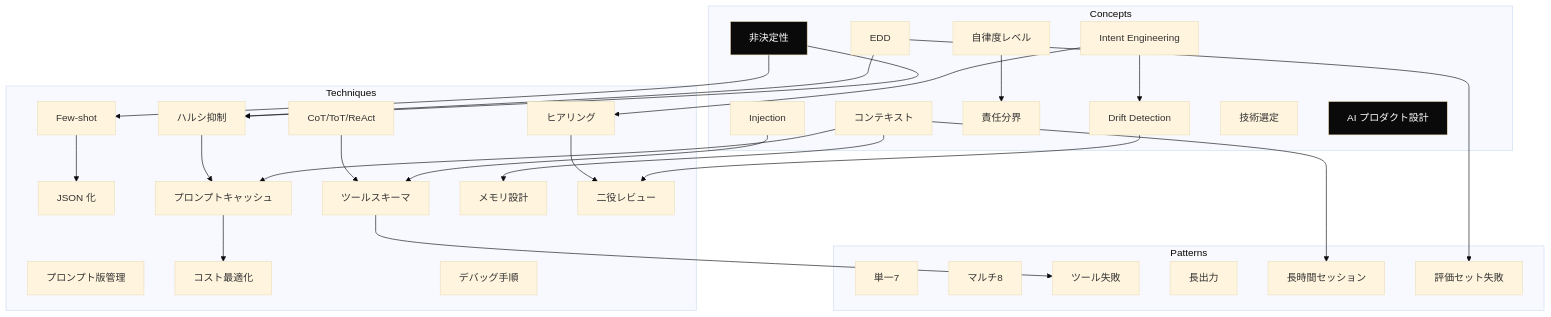
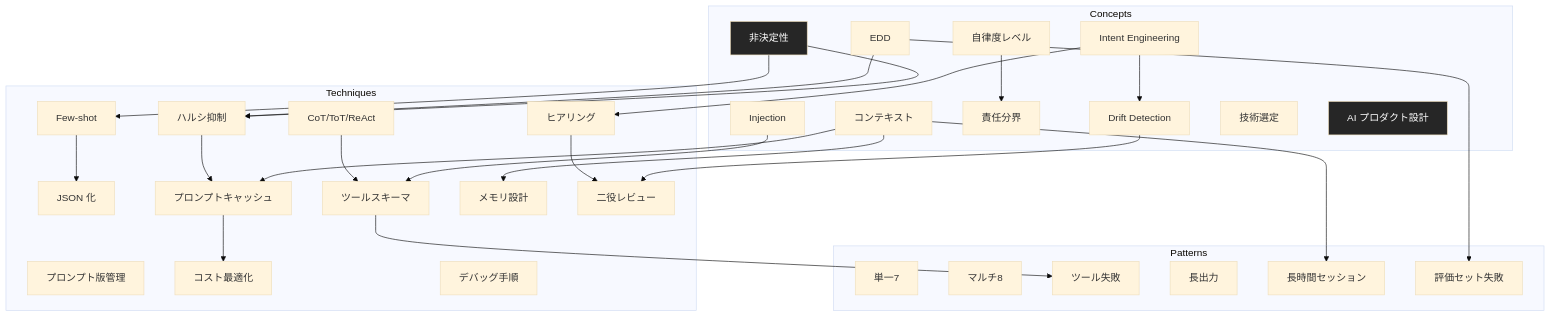
The first of 3 diagrams in docs/map.md (dinekt/dinekt-wiki), drawn with Mermaid (base theme) before and after one commit. The commit also changed other lines of this file and 71 other files, not shown here.

First line of the commit message:
fix: mermaid readability + remove GitHub repo toolbar

````diff
--- a/docs/map.md
+++ b/docs/map.md
@@ -7,62 +7,62 @@
 ```mermaid
 flowchart TD
     subgraph Concepts
         C1[非決定性]
         C2[コンテキスト]
         C3[Intent Engineering]
         C4[Drift Detection]
         C5[自律度レベル]
         C6[責任分界]
         C7[EDD]
         C8[Injection]
         C9[技術選定]
         C10[AI プロダクト設計]
     end
 
     subgraph Techniques
         T1[Few-shot]
         T2[CoT/ToT/ReAct]
         T3[JSON 化]
         T4[プロンプトキャッシュ]
         T5[プロンプト版管理]
         T6[コスト最適化]
         T7[ツールスキーマ]
         T8[デバッグ手順]
         T9[ハルシ抑制]
         T10[メモリ設計]
         T11[ヒアリング]
         T12[二役レビュー]
     end
 
     subgraph Patterns
         P1[単一7]
         P2[マルチ8]
         P3[ツール失敗]
         P4[長出力]
         P5[長時間セッション]
         P6[評価セット失敗]
     end
 
     C1 --> T9
     C1 --> T1
     C2 --> T4
     C2 --> T10
     C2 --> P5
     C3 --> T11
     C3 --> C4
     C4 --> T12
     C5 --> C6
     C7 --> P6
     C7 --> T9
     C8 --> T7
 
     T1 --> T3
     T2 --> T7
     T4 --> T6
     T7 --> P3
     T9 --> T4
     T11 --> T12
 
-    style C1 fill:#0a0a0a,color:#fff
-    style C10 fill:#0a0a0a,color:#fff
+    style C1 fill:#262626,color:#fff
+    style C10 fill:#262626,color:#fff
 ```
````
